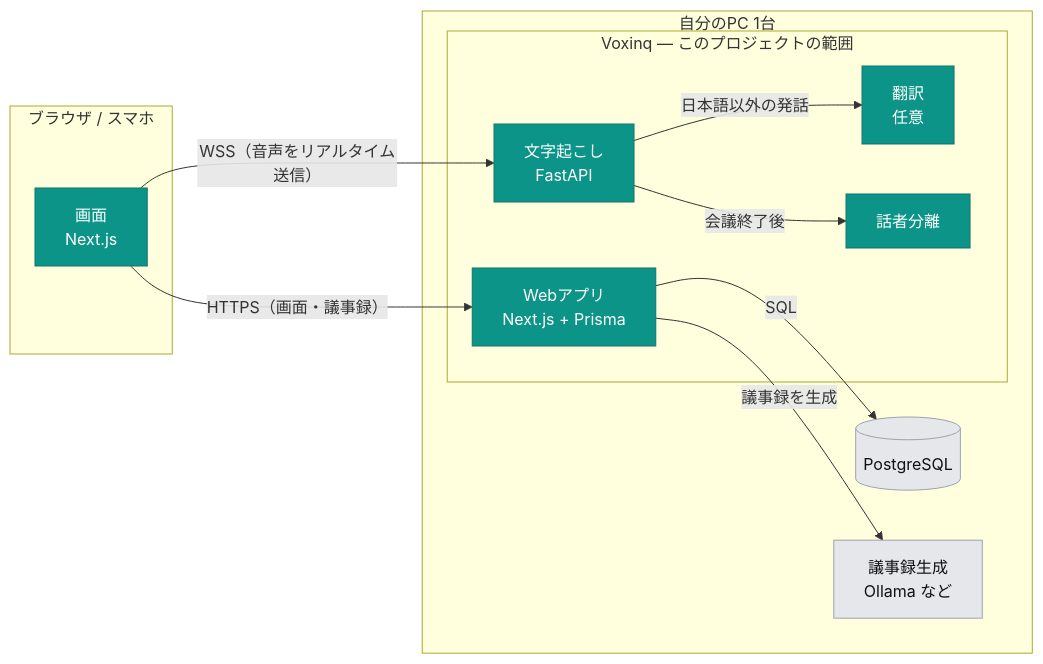
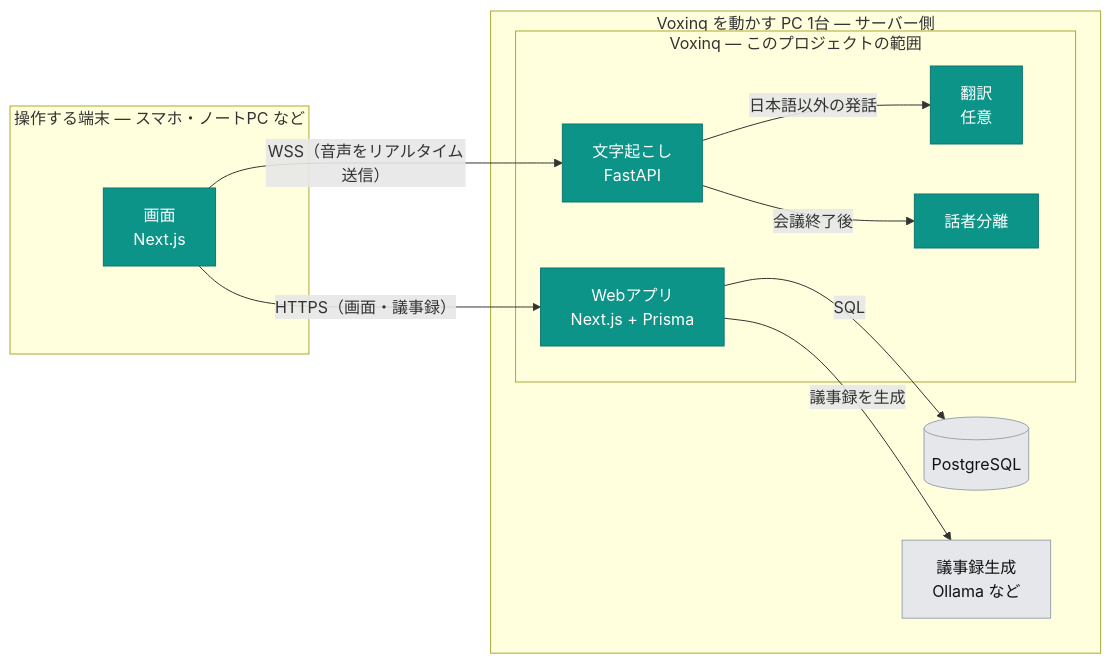
Before and after one commit to ikasast/voxinq-meeting: the diagram in README.ja.md, drawn with Mermaid. The commit also changed other lines of this file and 1 other file, not shown here.

First line of the commit message:
Say which box in the diagram is the server

````diff
--- a/README.ja.md
+++ b/README.ja.md
@@ -777,28 +777,28 @@
 ```mermaid
 flowchart LR
-  subgraph Browser["ブラウザ / スマホ"]
+  subgraph Browser["操作する端末 — スマホ・ノートPC など"]
     UI["画面<br/>Next.js"]
   end
-  subgraph Host["自分のPC 1台"]
+  subgraph Host["Voxinq を動かす PC 1台 — サーバー側"]
     subgraph Vox["Voxinq — このプロジェクトの範囲"]
       Web["Webアプリ<br/>Next.js + Prisma"]
       STT["文字起こし<br/>FastAPI"]
       TR["翻訳<br/>任意"]
       DIA["話者分離"]
     end
     DB[("PostgreSQL")]
     LLM["議事録生成<br/>Ollama など"]
   end
 
   UI -- "HTTPS（画面・議事録）" --> Web
   UI -- "WSS（音声をリアルタイム送信）" --> STT
   Web -- "SQL" --> DB
   Web -- "議事録を生成" --> LLM
   STT -- "日本語以外の発話" --> TR
   STT -- "会議終了後" --> DIA
 
   classDef own fill:#0d9488,stroke:#0f766e,color:#fff
   classDef ext fill:#e5e7eb,stroke:#9ca3af,color:#111
   class UI,Web,STT,TR,DIA own
   class DB,LLM ext
 ```
````
